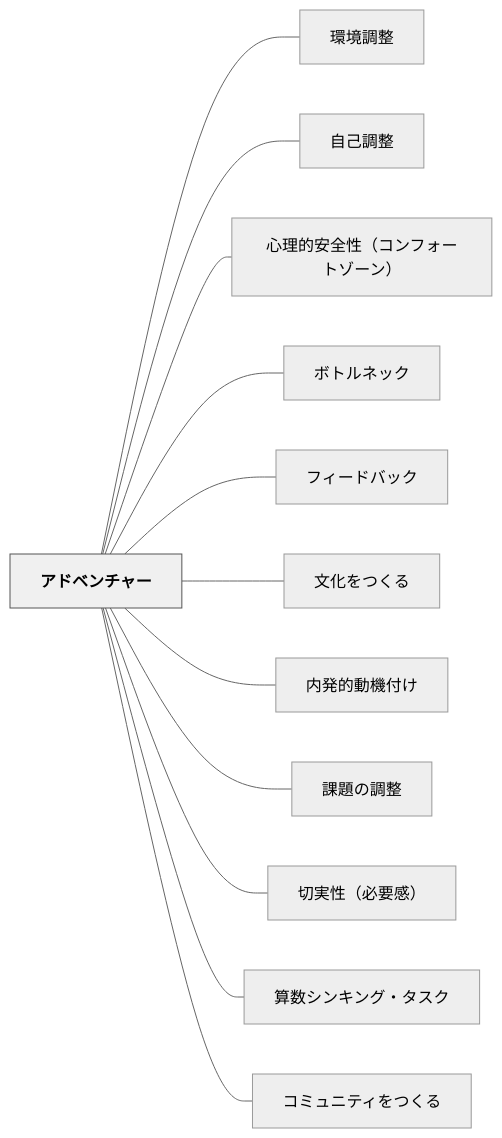
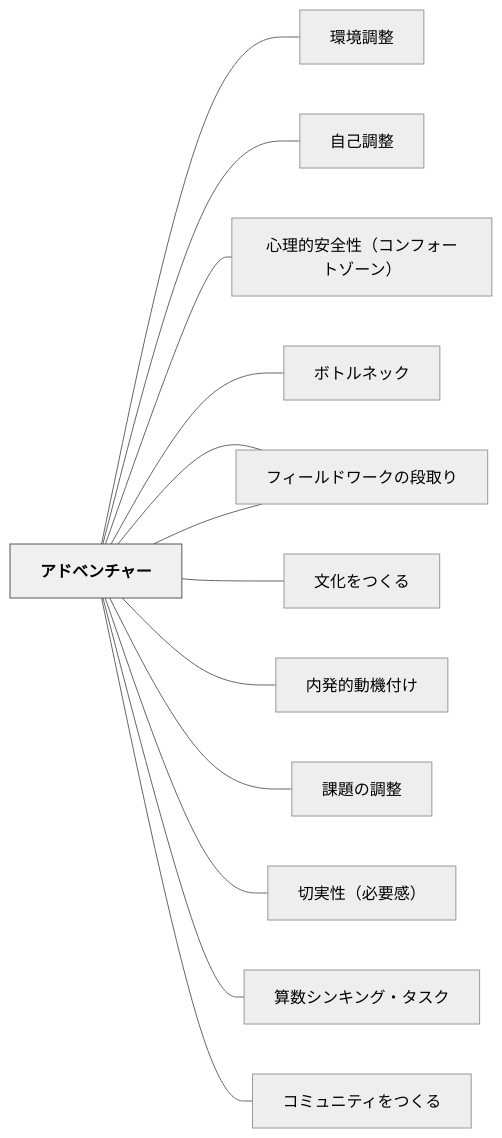
The diagram in content/パタン/アドベンチャー.md (unknownthings-ed-patterns/unknownthings-ed-patterns), drawn with Mermaid (neutral theme) before and after one commit. The commit also changed other lines of this file and 17 other files, not shown here.

````diff
--- a/content/パタン/アドベンチャー.md
+++ b/content/パタン/アドベンチャー.md
@@ -330,30 +331,32 @@
 ```mermaid
 flowchart LR
     ne382a2e38389["アドベンチャー"]
     ne792b0e5a283["環境調整"]
     ne887aae5b7b1["自己調整"]
     ne5bf83e79086["心理的安全性（コンフォートゾーン）"]
     ne3839ce38388["ボトルネック"]
     ne38395e382a3["フィードバック"]
     ne69687e58c96["文化をつくる"]
     ne58685e799ba["内発的動機付け"]
     ne8aab2e9a18c["課題の調整"]
     ne58887e5ae9f["切実性（必要感）"]
     ne7ae97e695b0["算数シンキング・タスク"]
     ne382b3e3839f["コミュニティをつくる"]
+    ne38395e382a3["フィールドワークの段取り"]
 
     ne382a2e38389 --- ne792b0e5a283
     ne382a2e38389 --- ne887aae5b7b1
     ne382a2e38389 --- ne5bf83e79086
     ne382a2e38389 --- ne3839ce38388
     ne382a2e38389 --- ne38395e382a3
     ne382a2e38389 --- ne69687e58c96
     ne382a2e38389 --- ne58685e799ba
     ne382a2e38389 --- ne8aab2e9a18c
     ne382a2e38389 --- ne58887e5ae9f
     ne382a2e38389 --- ne7ae97e695b0
     ne382a2e38389 --- ne382b3e3839f
+    ne382a2e38389 --- ne38395e382a3
 
     classDef hub fill:#f0f0f0,stroke:#555,color:#000,font-weight:bold
     class ne382a2e38389 hub
 ```
````
